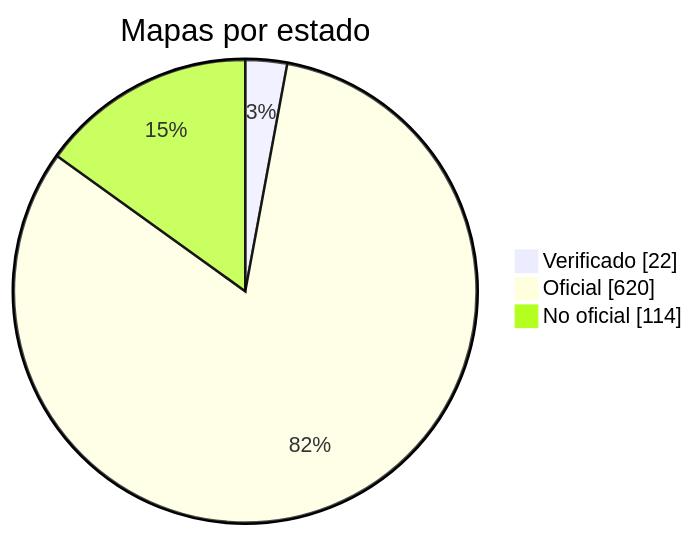
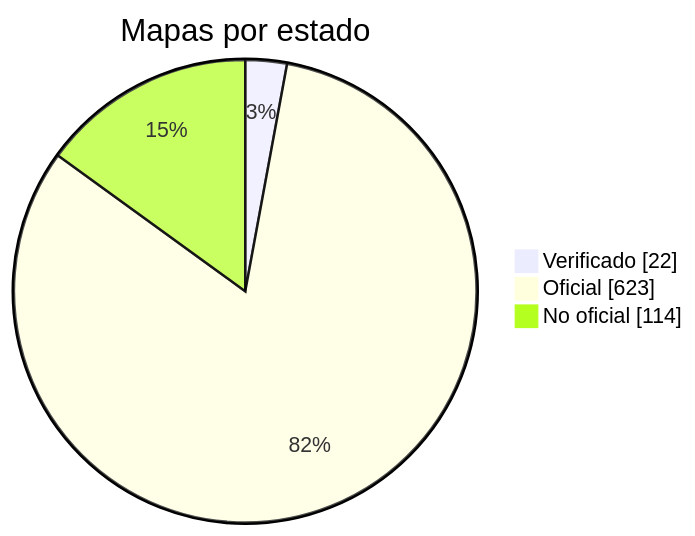
The diagram in docs/readme/README_ES.md (nobrega8/mbmap-library), drawn with Mermaid before and after one commit. The commit also changed 8 other files, not shown here.

````diff
--- a/docs/readme/README_ES.md
+++ b/docs/readme/README_ES.md
@@ -54,7 +54,7 @@
 ```mermaid
 pie showData
     title Mapas por estado
     "Verificado" : 22
-    "Oficial" : 620
+    "Oficial" : 623
     "No oficial" : 114
 ```
````
